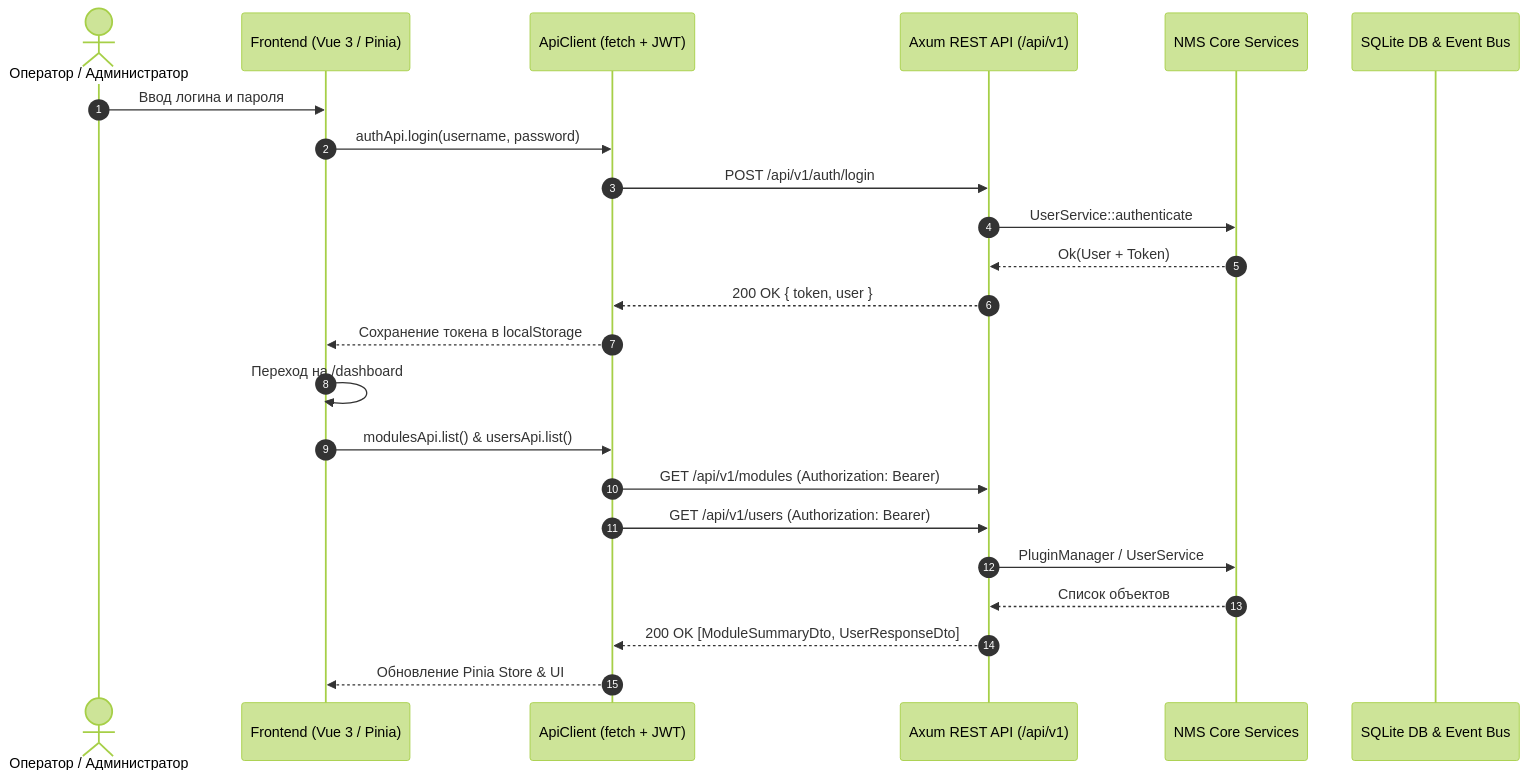
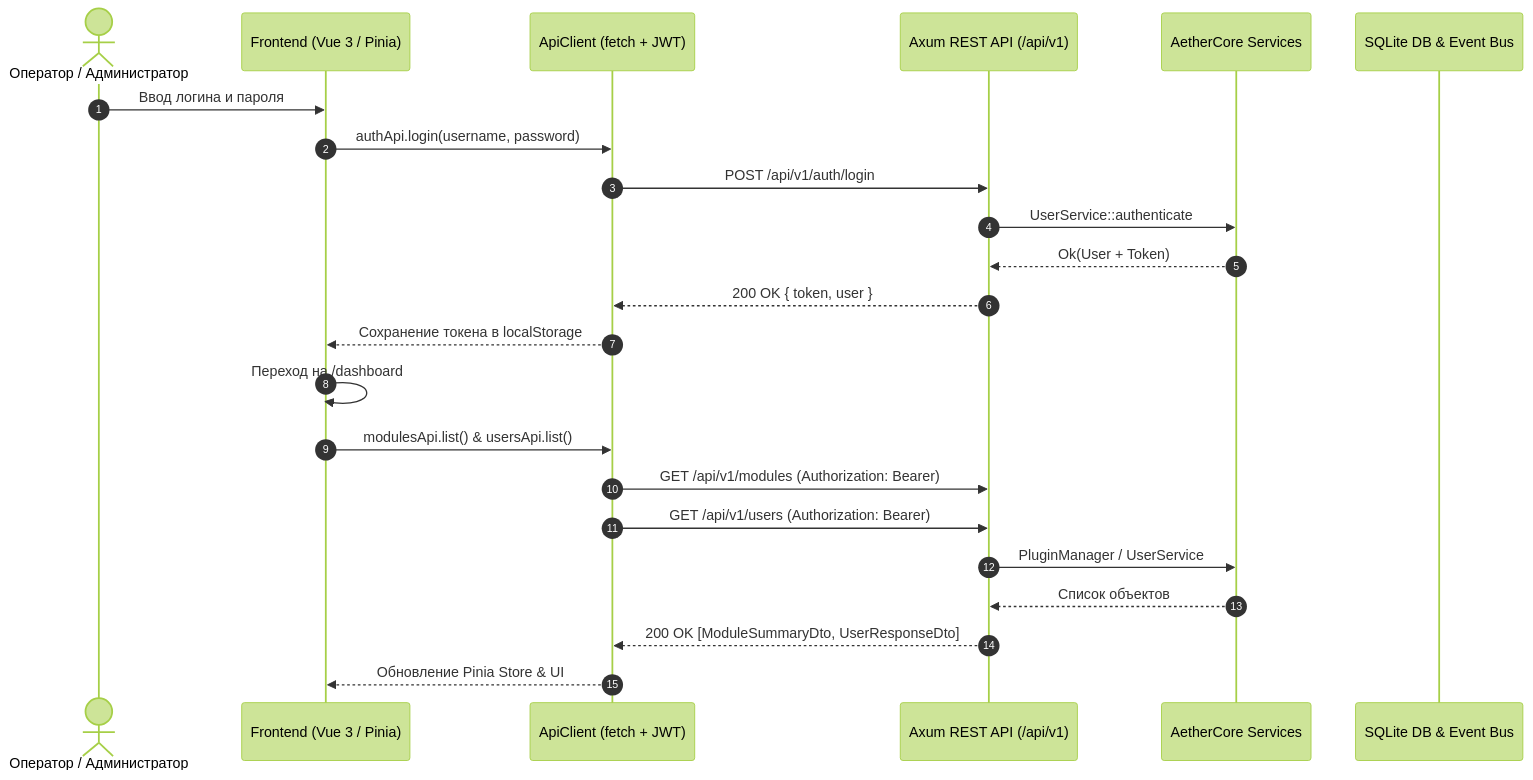
One commit to Apofixc/AetherCore changed the diagram in docs/architecture/ApiIntegration.md. Above: the diagram before and after it, drawn with Mermaid (forest theme). The commit also changed other lines of this file and 37 other files, not shown here.

````diff
--- a/docs/architecture/ApiIntegration.md
+++ b/docs/architecture/ApiIntegration.md
@@ -5,29 +5,29 @@
 ```mermaid
 sequenceDiagram
     autonumber
     actor Operator as Оператор / Администратор
     participant UI as Frontend (Vue 3 / Pinia)
     participant Client as ApiClient (fetch + JWT)
     participant Axum as Axum REST API (/api/v1)
-    participant Core as NMS Core Services
+    participant Core as AetherCore Services
     participant DB as SQLite DB & Event Bus
 
     %% Авторизация
     Operator->>UI: Ввод логина и пароля
     UI->>Client: authApi.login(username, password)
     Client->>Axum: POST /api/v1/auth/login
     Axum->>Core: UserService::authenticate
     Core-->>Axum: Ok(User + Token)
     Axum-->>Client: 200 OK { token, user }
     Client-->>UI: Сохранение токена в localStorage
     UI->>UI: Переход на /dashboard
 
     %% Загрузка модулей и пользователей
     UI->>Client: modulesApi.list() & usersApi.list()
     Client->>Axum: GET /api/v1/modules (Authorization: Bearer)
     Client->>Axum: GET /api/v1/users (Authorization: Bearer)
     Axum->>Core: PluginManager / UserService
     Core-->>Axum: Список объектов
     Axum-->>Client: 200 OK [ModuleSummaryDto, UserResponseDto]
     Client-->>UI: Обновление Pinia Store & UI
 ```
````
